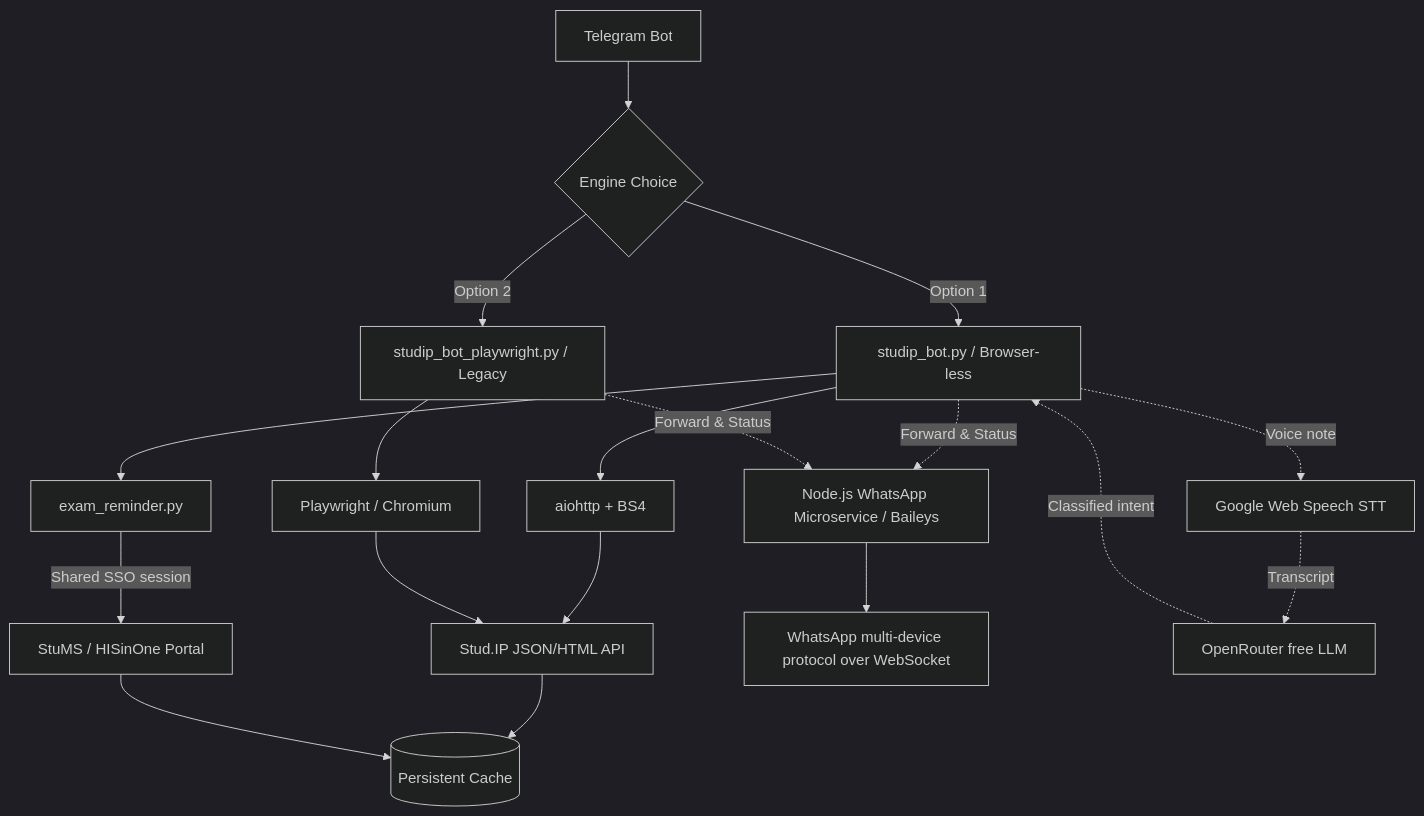
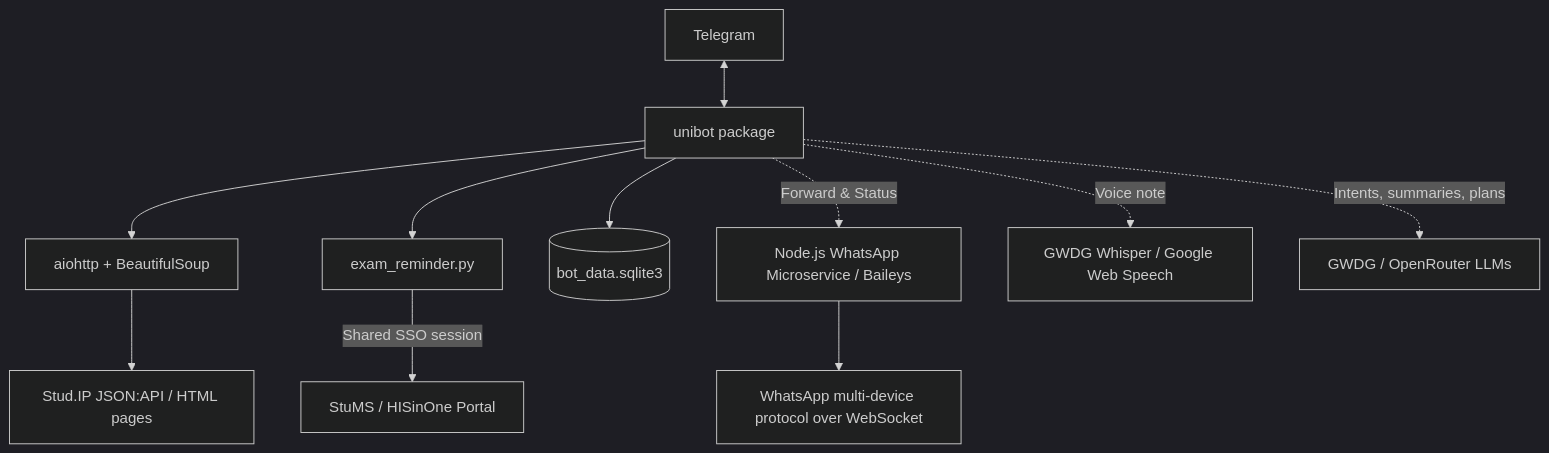
Before and after one commit to ofurkancoban/UniOldenburgStudyAssistantBot: the diagram in README.md, drawn with Mermaid. The commit also changed other lines of this file and 47 other files, not shown here.

````diff
--- a/README.md
+++ b/README.md
@@ -268,21 +256,14 @@
 ```mermaid
 %%{init: {'theme': 'dark'}}%%
 graph TD
-    A[Telegram Bot] --> B{Engine Choice}
-    B -->|Option 1| C[studip_bot.py / Browser-less]
-    B -->|Option 2| D[studip_bot_playwright.py / Legacy]
-    C --> E[aiohttp + BS4]
-    D --> F[Playwright / Chromium]
-    E --> G[Stud.IP JSON/HTML API]
-    F --> G
-    G --> H[(Persistent Cache)]
-    C --> K[exam_reminder.py]
+    A[Telegram] <--> B[unibot package]
+    B --> C[aiohttp + BeautifulSoup]
+    C --> D[Stud.IP JSON:API / HTML pages]
+    B --> K[exam_reminder.py]
     K -->|Shared SSO session| L[StuMS / HISinOne Portal]
-    L --> H
-    C -.->|Forward & Status| I[Node.js WhatsApp Microservice / Baileys]
-    D -.->|Forward & Status| I
+    B --> H[(bot_data.sqlite3)]
+    B -.->|Forward & Status| I[Node.js WhatsApp Microservice / Baileys]
     I --> J[WhatsApp multi-device protocol over WebSocket]
-    C -.->|Voice note| M[Google Web Speech STT]
-    M -.->|Transcript| N[OpenRouter free LLM]
-    N -.->|Classified intent| C
+    B -.->|Voice note| M[GWDG Whisper / Google Web Speech]
+    B -.->|Intents, summaries, plans| N[GWDG / OpenRouter LLMs]
 ```
````
